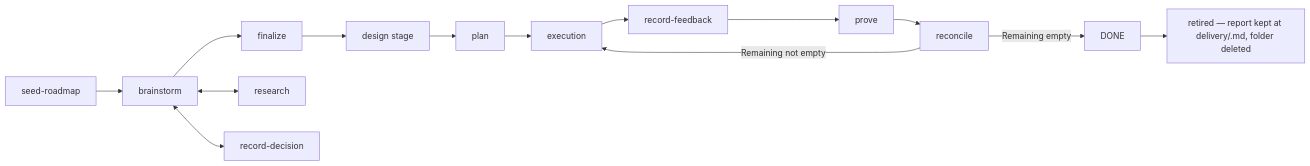
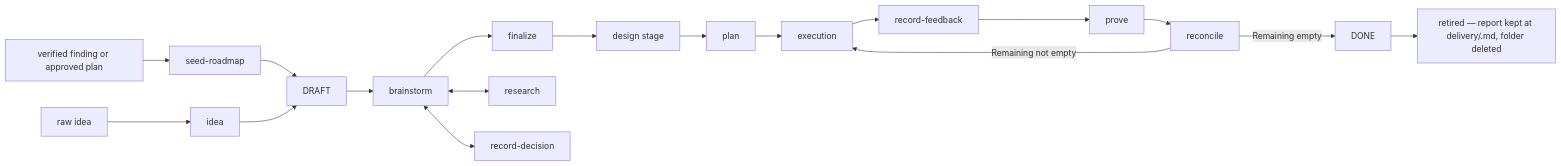
Before and after one commit to tailrocks/tailrocks-skills: the diagram in docs/design/pipeline-walkthrough.md, drawn with Mermaid. The commit also changed 8 other files, not shown here.

First line of the commit message:
docs(delivery): align roadmap scenarios

````diff
--- a/docs/design/pipeline-walkthrough.md
+++ b/docs/design/pipeline-walkthrough.md
@@ -13,9 +13,13 @@
 ```mermaid
 flowchart LR
-  seed["seed-roadmap"] --> brainstorm --> finalize --> design["design stage"] --> plan --> exec["execution"]
+  verified["verified finding or approved plan"] --> seed["seed-roadmap"]
+  idea["raw idea"] --> capture["idea"]
+  seed --> draft["DRAFT"]
+  capture --> draft
+  draft --> brainstorm --> finalize --> design["design stage"] --> plan --> exec["execution"]
   exec --> feedback["record-feedback"] --> prove --> reconcile
   reconcile -->|Remaining not empty| exec
   reconcile -->|Remaining empty| done["DONE"] --> retire["retired — report kept at delivery/<slug>.md, folder deleted"]
   brainstorm <--> research
   brainstorm <--> decision["record-decision"]
 ```
````
